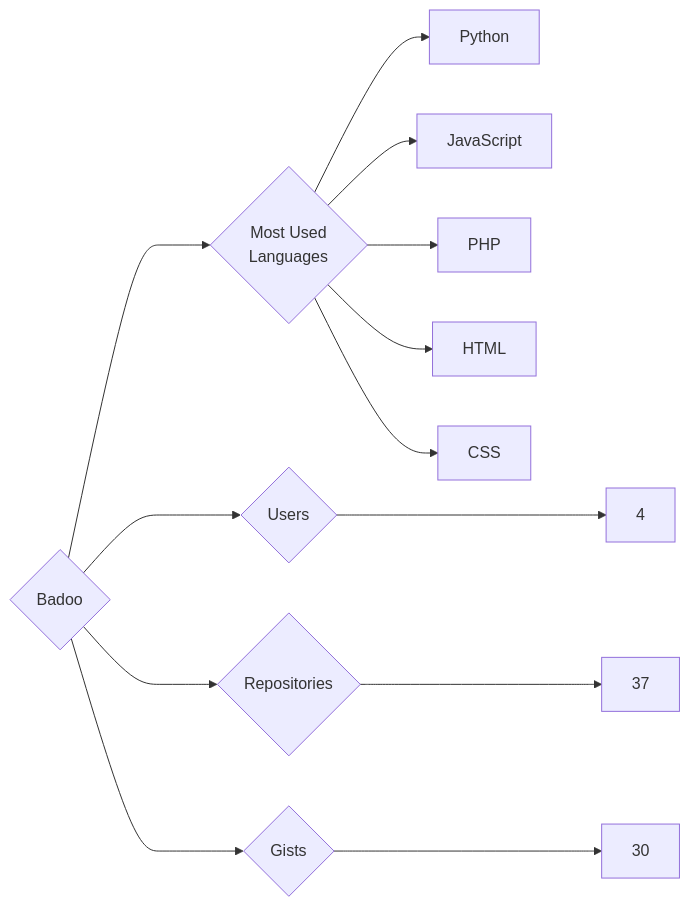
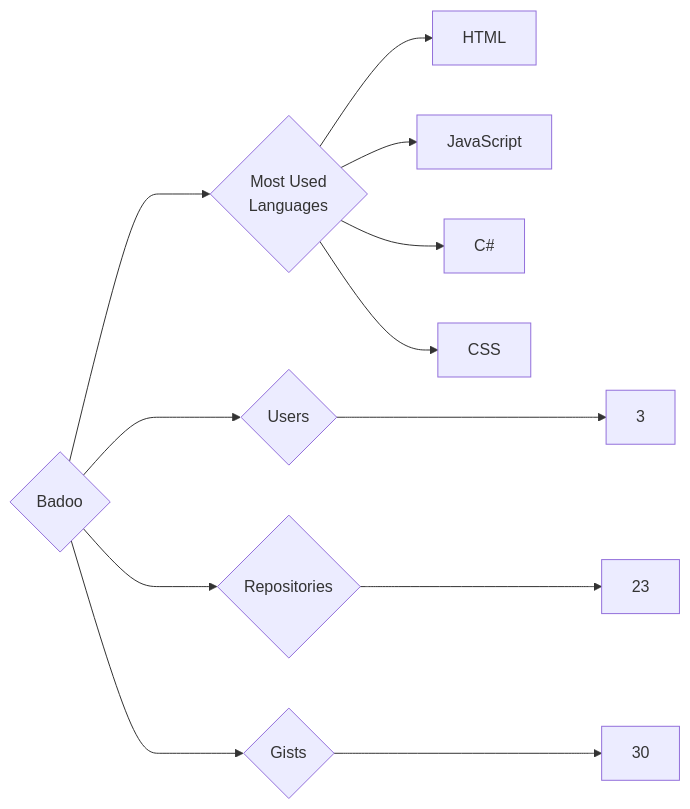
Before and after one commit to trickest/insiders: the diagram in targets/Badoo/README.md, drawn with Mermaid. The commit also changed 815 other files, not shown here.

````diff
--- a/targets/Badoo/README.md
+++ b/targets/Badoo/README.md
@@ -3,13 +3,12 @@
 ```mermaid
 graph LR
 COMPANY_NAME{Badoo}
-COMPANY_NAME ---> U{Users} ---> UN[4]
-COMPANY_NAME ---> R{Repositories} ---> RN[37]
+COMPANY_NAME ---> U{Users} ---> UN[3]
+COMPANY_NAME ---> R{Repositories} ---> RN[23]
 COMPANY_NAME ---> G{Gists} ---> GN[30]
 COMPANY_NAME ---> ML{Most Used<br>Languages}
-ML --> Python[Python]
+ML --> HTML[HTML]
 ML --> JavaScript[JavaScript]
-ML --> PHP[PHP]
-ML --> HTML[HTML]
+ML --> C#[C#]
 ML --> CSS[CSS]
 ```
````
